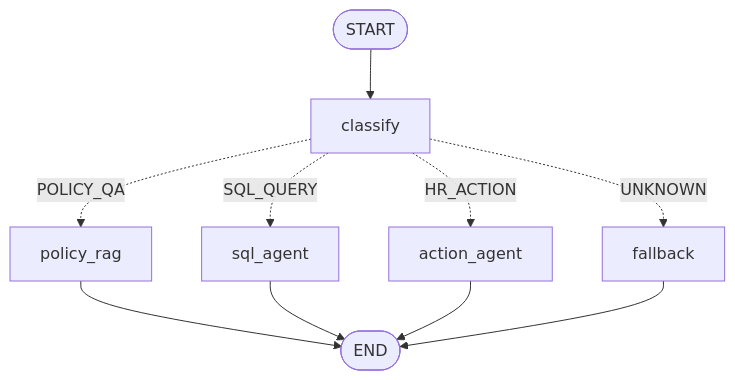
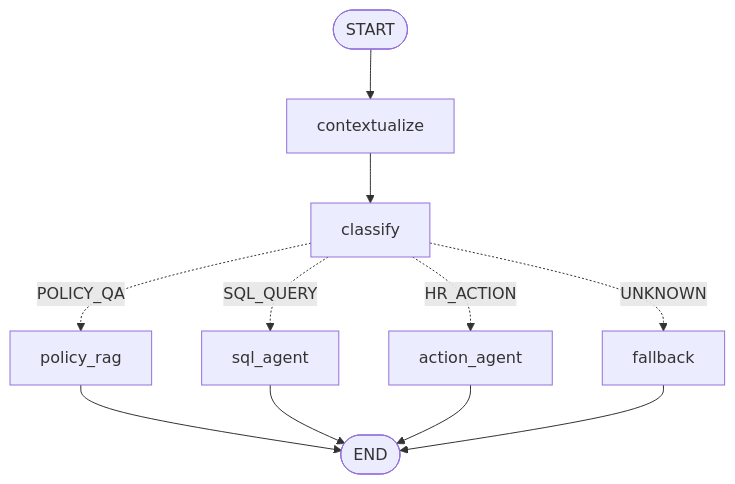
Before and after one commit to Manigandan22/cohort-capstone-hrcopilot: the diagram in docs/ai_architecture.md, drawn with Mermaid. The commit also changed other lines of this file and 8 other files, not shown here.

````diff
--- a/docs/ai_architecture.md
+++ b/docs/ai_architecture.md
@@ -178,12 +178,13 @@
 ```mermaid
 graph TD;
-  start([START]) --> classify
+  start([START]) --> contextualize
+  contextualize --> classify
   classify -. POLICY_QA .-> policy_rag
   classify -. SQL_QUERY .-> sql_agent
   classify -. HR_ACTION .-> action_agent
   classify -. UNKNOWN .-> fallback
   policy_rag --> done([END])
   sql_agent --> done
   action_agent --> done
   fallback --> done
 ```
````
